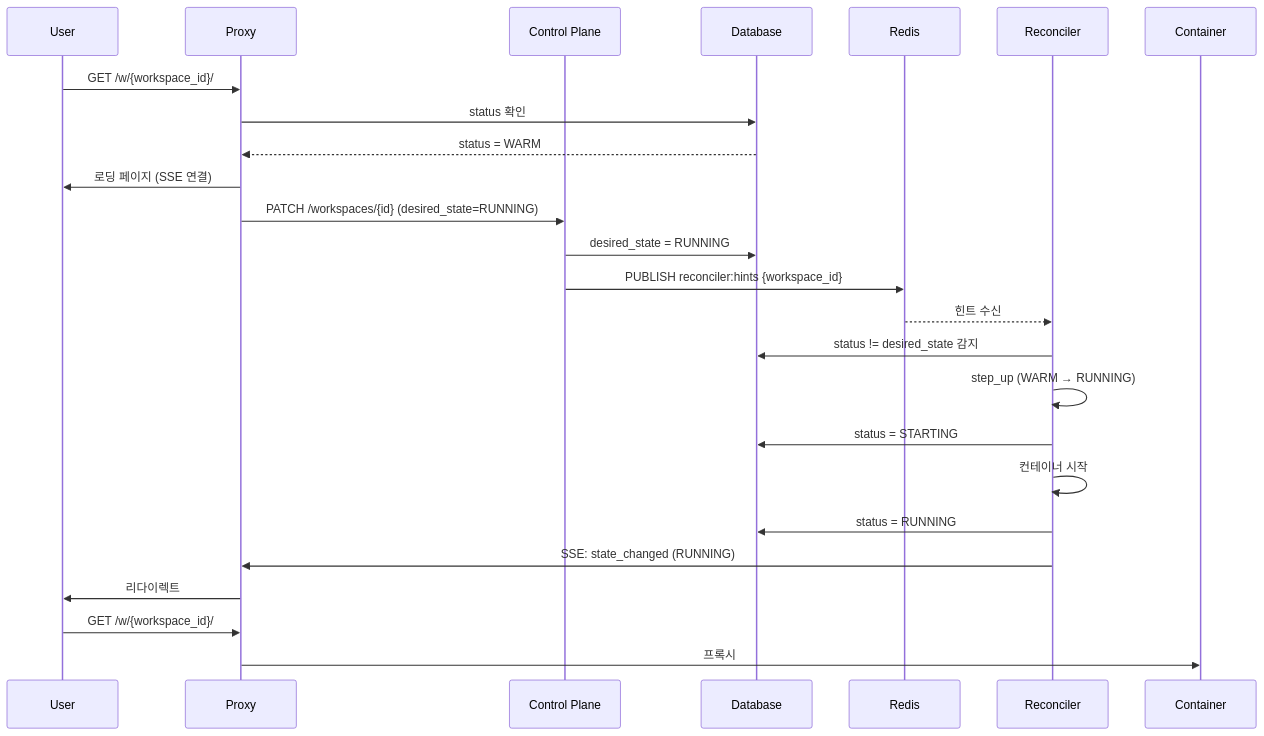
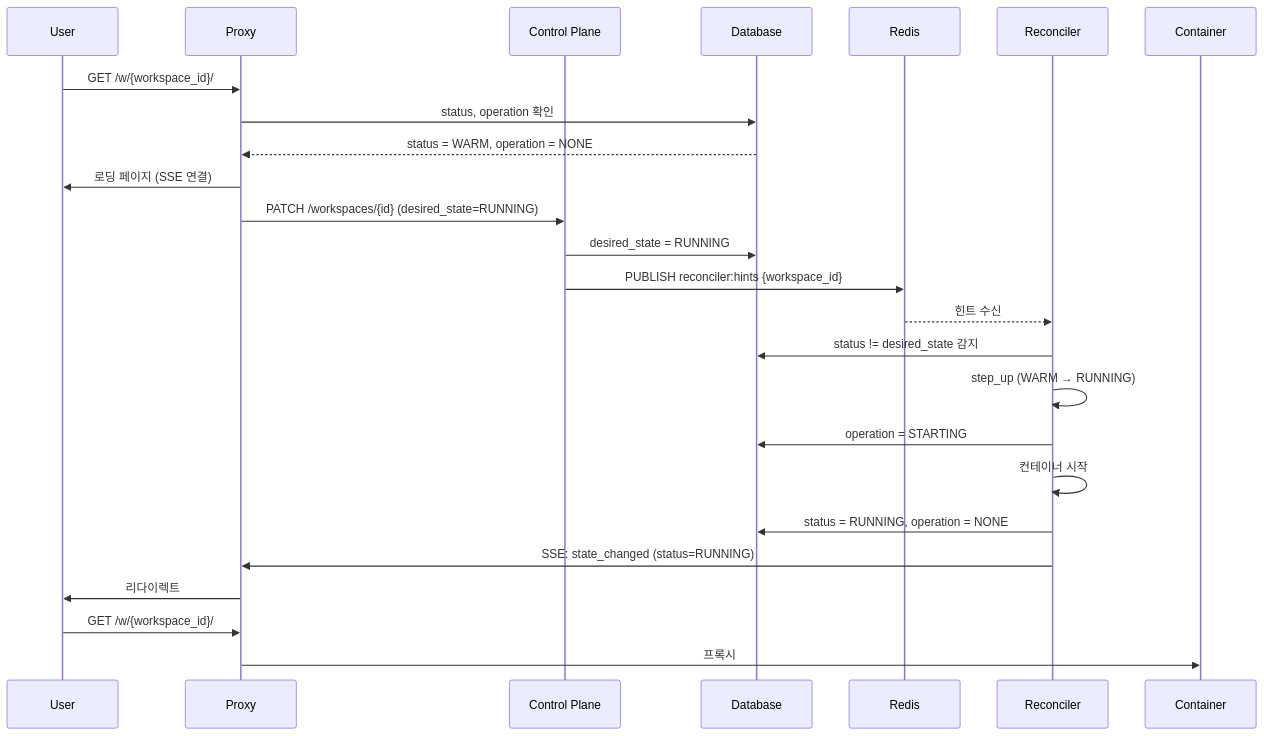
Before and after one commit to cagojeiger/code-hub: the second of 10 diagrams in docs/spec_v2/flows.md, drawn with Mermaid. The commit also changed other lines of this file and 4 other files, not shown here.

First line of the commit message:
docs(adr): add ADR-009 for status + operation separation

````diff
--- a/docs/spec_v2/flows.md
+++ b/docs/spec_v2/flows.md
@@ -63,30 +64,30 @@
 ```mermaid
 sequenceDiagram
     participant U as User
     participant P as Proxy
     participant API as Control Plane
     participant DB as Database
     participant Redis as Redis
     participant R as Reconciler
 
     U->>P: GET /w/{workspace_id}/
-    P->>DB: status 확인
-    DB-->>P: status = WARM
+    P->>DB: status, operation 확인
+    DB-->>P: status = WARM, operation = NONE
 
     P->>U: 로딩 페이지 (SSE 연결)
     P->>API: PATCH /workspaces/{id} (desired_state=RUNNING)
     API->>DB: desired_state = RUNNING
     API->>Redis: PUBLISH reconciler:hints {workspace_id}
 
     Redis-->>R: 힌트 수신
     R->>DB: status != desired_state 감지
     R->>R: step_up (WARM → RUNNING)
-    R->>DB: status = STARTING
+    R->>DB: operation = STARTING
     R->>R: 컨테이너 시작
-    R->>DB: status = RUNNING
+    R->>DB: status = RUNNING, operation = NONE
 
-    R->>P: SSE: state_changed (RUNNING)
+    R->>P: SSE: state_changed (status=RUNNING)
     P->>U: 리다이렉트
     U->>P: GET /w/{workspace_id}/
     P->>Container: 프록시
 ```
````
